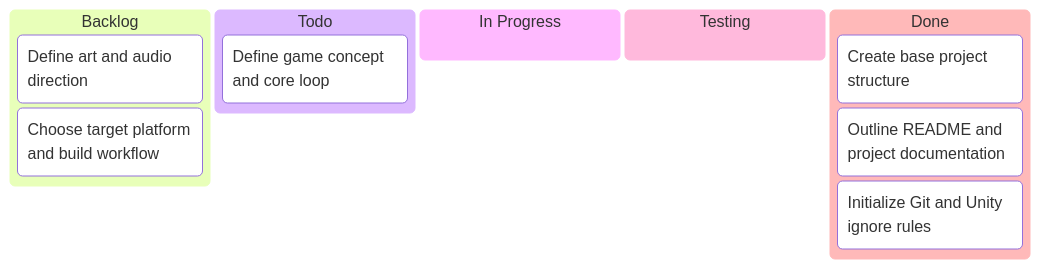
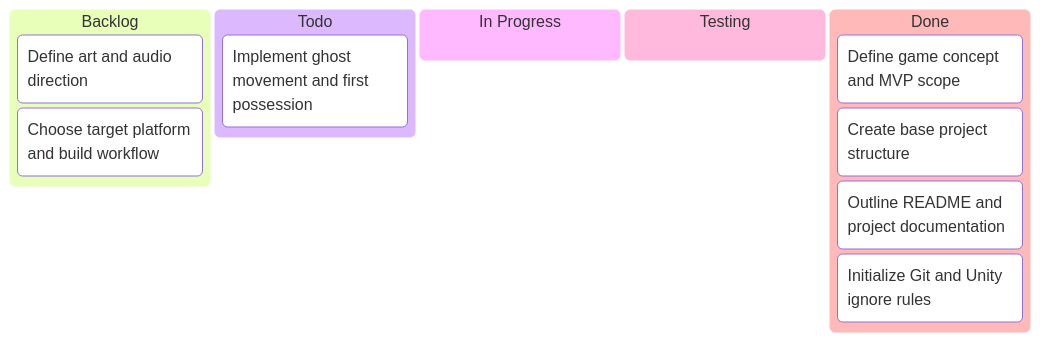
The second of 2 diagrams in README.md (cabinet-being/halloween-2026), drawn with Mermaid before and after one commit. The commit also changed other lines of this file and 47 other files, not shown here.

````diff
--- a/README.md
+++ b/README.md
@@ -114,14 +120,15 @@
 ```mermaid
 kanban
     backlog[Backlog]
       art["Define art and audio direction"]
       build["Choose target platform and build workflow"]
     todo[Todo]
-      concept["Define game concept and core loop"]
+      prototype["Implement ghost movement and first possession"]
     inProgress[In Progress]
     testing[Testing]
     done[Done]
+      concept["Define game concept and MVP scope"]
       structure["Create base project structure"]
       docs["Outline README and project documentation"]
       git["Initialize Git and Unity ignore rules"]
 ```
````
